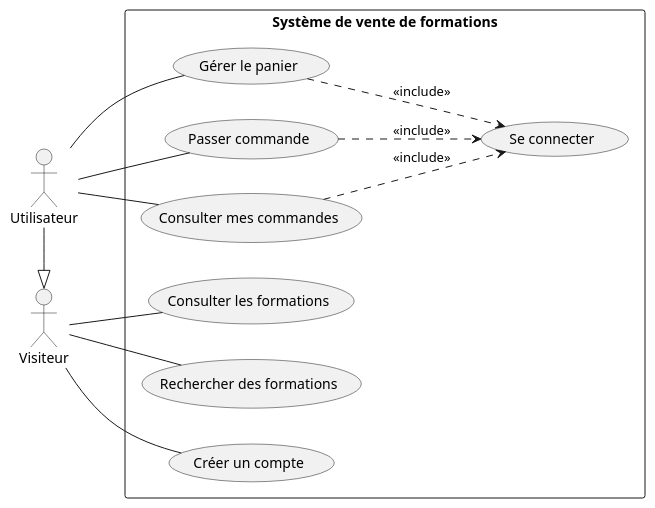
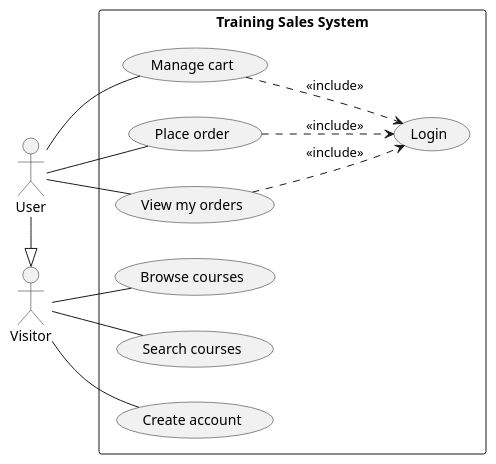
One commit to john7440/EvaluationJava changed the diagram in doc/01-UseCase/UseCase.puml. Above: the diagram before and after it, drawn with PlantUML. The commit also changed 1 other file, not shown here.

Commit message:
modification du use case pour le mettre en anglais comme les autres docs

```diff
--- a/doc/01-UseCase/UseCase.puml
+++ b/doc/01-UseCase/UseCase.puml
@@ -1,36 +1,36 @@
 @startuml
 left to right direction
 
-actor Visiteur
-actor Utilisateur
+actor Visitor
+actor User
 
-rectangle "Système de vente de formations" {
+rectangle "Training Sales System" {
 
- usecase "Se connecter" as AUTH
+ usecase "Login" as AUTH
 
- usecase "Consulter les formations" as UC1
- usecase "Rechercher des formations" as UC2
+ usecase "Browse courses" as UC1
+ usecase "Search courses" as UC2
 
- usecase "Créer un compte" as UC3
+ usecase "Create account" as UC3
 
- usecase "Gérer le panier" as UC5
- usecase "Passer commande" as UC6
- usecase "Consulter mes commandes" as UC7
+ usecase "Manage cart" as UC5
+ usecase "Place order" as UC6
+ usecase "View my orders" as UC7
 
 }
 
-Visiteur -- UC1
-Visiteur -- UC2
-Visiteur -- UC3
+Visitor -- UC1
+Visitor -- UC2
+Visitor -- UC3
 
-Utilisateur -|> Visiteur
+User -|> Visitor
 
-Utilisateur -- UC5
-Utilisateur -- UC6
-Utilisateur -- UC7
+User -- UC5
+User -- UC6
+User -- UC7
 
 UC5 ..> AUTH : <<include>>
 UC6 ..> AUTH : <<include>>
 UC7 ..> AUTH : <<include>>
 
 @enduml
```
